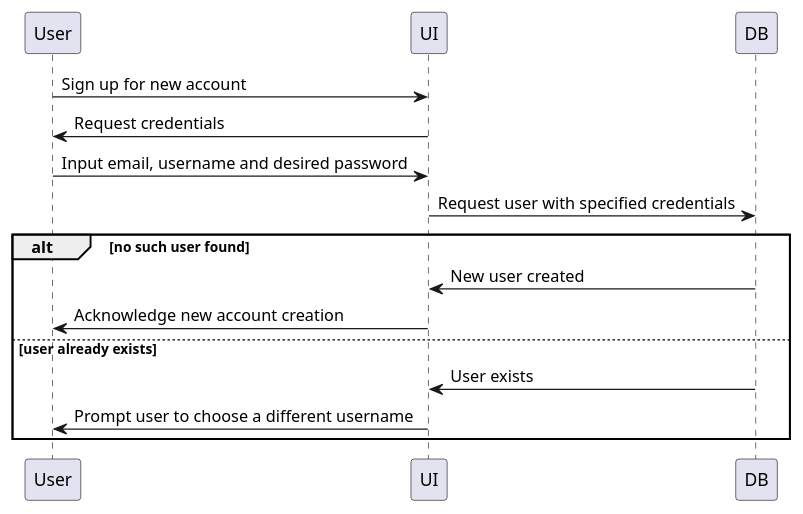
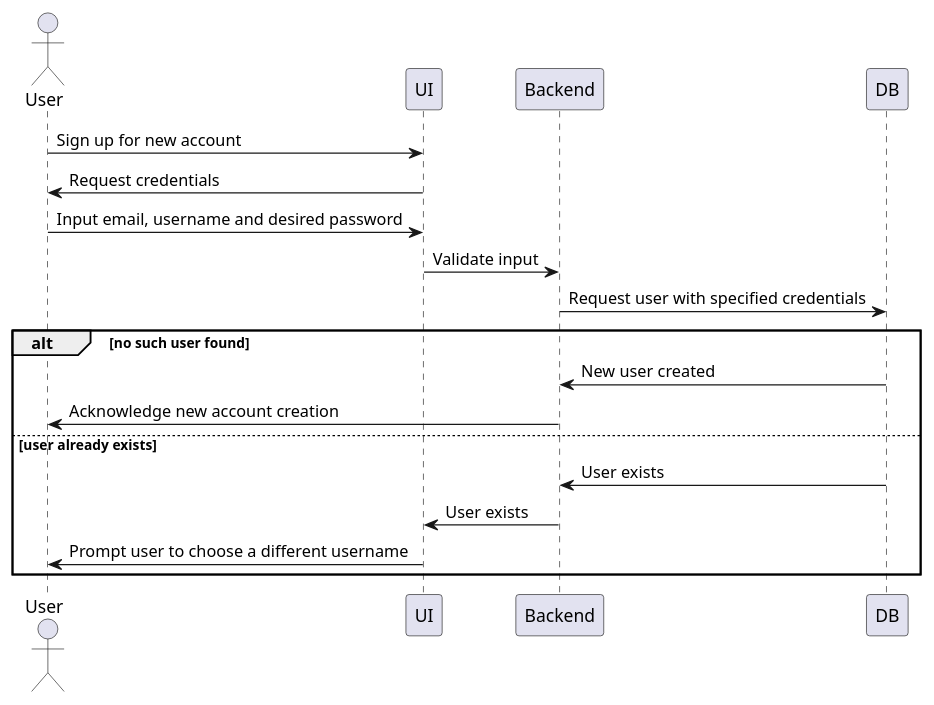
Before and after one commit to NativeVex/design_project_pumls: the diagram in signUpForNewAccountUseCase.puml, drawn with PlantUML. The commit also changed 4 other files, not shown here.

```diff
--- a/signUpForNewAccountUseCase.puml
+++ b/signUpForNewAccountUseCase.puml
@@ -1,13 +1,16 @@
 @startuml
+Actor User as User
 User -> UI: Sign up for new account
 UI -> User: Request credentials
 User -> UI: Input email, username and desired password
-UI -> DB: Request user with specified credentials
+UI -> Backend: Validate input
+Backend -> DB: Request user with specified credentials
 alt no such user found
-        DB -> UI: New user created
-        UI -> User: Acknowledge new account creation
+        DB -> Backend: New user created
+        Backend -> User: Acknowledge new account creation
 else user already exists
-        DB -> UI: User exists
+        DB -> Backend: User exists
+        Backend -> UI: User exists
         UI -> User: Prompt user to choose a different username
 end
 @enduml
```
